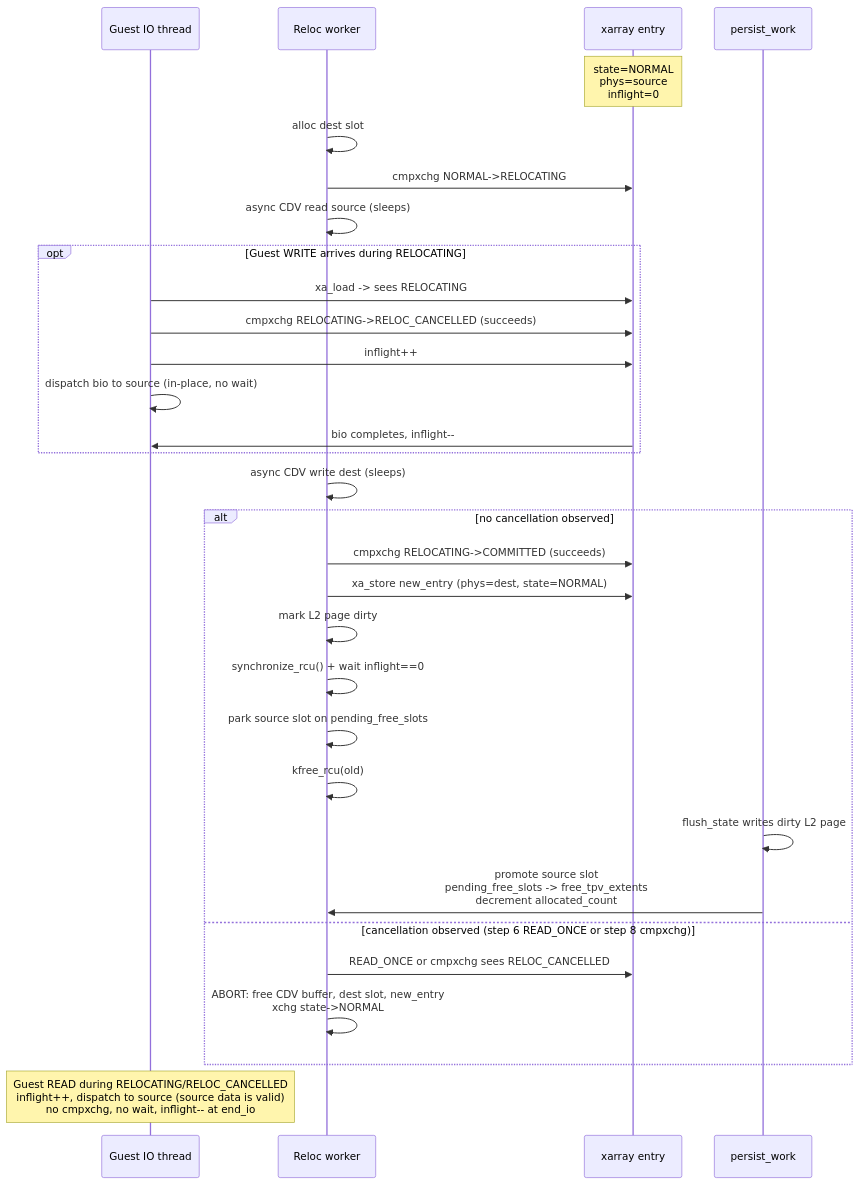
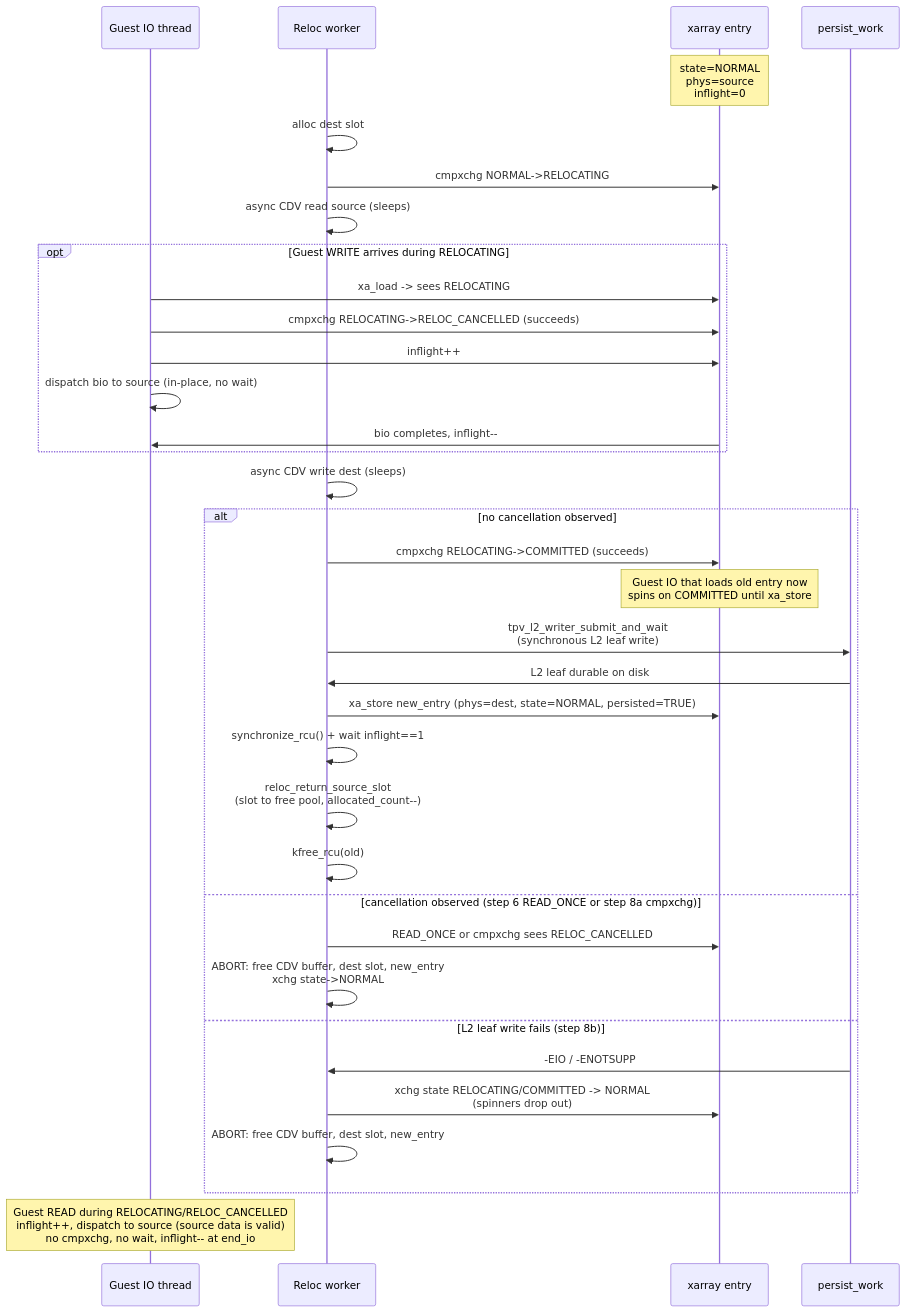
One commit to NVIDIA/nvmesh-kernel changed the third of 4 diagrams in design/TPV_Trimming.md. Above: the diagram before and after it, drawn with Mermaid. The commit also changed other lines of this file and 36 other files, not shown here.

````diff
--- a/design/TPV_Trimming.md
+++ b/design/TPV_Trimming.md
@@ -1759,39 +1766,43 @@
 ```mermaid
 sequenceDiagram
     participant Guest as Guest IO thread
     participant Worker as Reloc worker
     participant Entry as xarray entry
     participant Flush as persist_work
 
     Note over Entry: state=NORMAL<br/>phys=source<br/>inflight=0
 
     Worker->>Worker: alloc dest slot
     Worker->>Entry: cmpxchg NORMAL->RELOCATING
     Worker->>Worker: async CDV read source (sleeps)
 
     opt Guest WRITE arrives during RELOCATING
         Guest->>Entry: xa_load -> sees RELOCATING
         Guest->>Entry: cmpxchg RELOCATING->RELOC_CANCELLED (succeeds)
         Guest->>Entry: inflight++
         Guest->>Guest: dispatch bio to source (in-place, no wait)
         Entry->>Guest: bio completes, inflight--
     end
 
     Worker->>Worker: async CDV write dest (sleeps)
 
     alt no cancellation observed
         Worker->>Entry: cmpxchg RELOCATING->COMMITTED (succeeds)
-        Worker->>Entry: xa_store new_entry (phys=dest, state=NORMAL)
-        Worker->>Worker: mark L2 page dirty
-        Worker->>Worker: synchronize_rcu() + wait inflight==0
-        Worker->>Worker: park source slot on pending_free_slots
+        Note over Entry: Guest IO that loads old entry now<br/>spins on COMMITTED until xa_store
+        Worker->>Flush: tpv_l2_writer_submit_and_wait<br/>(synchronous L2 leaf write)
+        Flush->>Worker: L2 leaf durable on disk
+        Worker->>Entry: xa_store new_entry (phys=dest, state=NORMAL, persisted=TRUE)
+        Worker->>Worker: synchronize_rcu() + wait inflight==1
+        Worker->>Worker: reloc_return_source_slot<br/>(slot to free pool, allocated_count--)
         Worker->>Worker: kfree_rcu(old)
-        Flush->>Flush: flush_state writes dirty L2 page
-        Flush->>Worker: promote source slot<br/>pending_free_slots -> free_tpv_extents<br/>decrement allocated_count
-    else cancellation observed (step 6 READ_ONCE or step 8 cmpxchg)
+    else cancellation observed (step 6 READ_ONCE or step 8a cmpxchg)
         Worker->>Entry: READ_ONCE or cmpxchg sees RELOC_CANCELLED
         Worker->>Worker: ABORT: free CDV buffer, dest slot, new_entry<br/>xchg state->NORMAL
+    else L2 leaf write fails (step 8b)
+        Flush->>Worker: -EIO / -ENOTSUPP
+        Worker->>Entry: xchg state RELOCATING/COMMITTED -> NORMAL<br/>(spinners drop out)
+        Worker->>Worker: ABORT: free CDV buffer, dest slot, new_entry
     end
 
     Note over Guest: Guest READ during RELOCATING/RELOC_CANCELLED<br/>inflight++, dispatch to source (source data is valid)<br/>no cmpxchg, no wait, inflight-- at end_io
 ```
````
